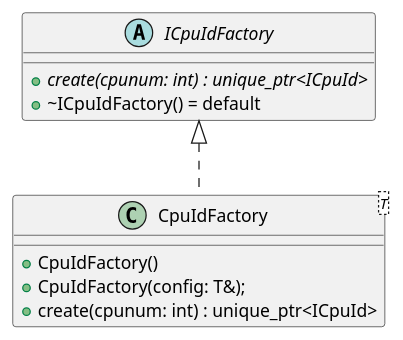
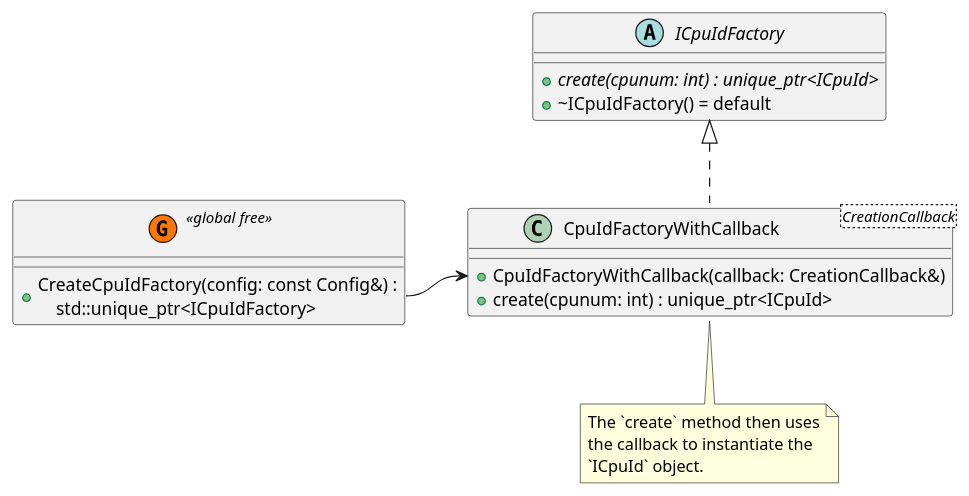
The diagram in docs/diagrams/cpuid_factory.plantuml (jcurl/devc-cpuid), drawn with PlantUML before and after one commit. The commit also changed 4 other files, not shown here.

First line of the commit message:
CpuIdFactory: Update design documentation and rationale

```diff
--- a/docs/diagrams/cpuid_factory.plantuml
+++ b/docs/diagrams/cpuid_factory.plantuml
@@ -1,16 +1,26 @@
 @startuml ICpuIdFactory
 
 abstract class ICpuIdFactory {
     +{abstract} create(cpunum: int) : unique_ptr<ICpuId>
     +~ICpuIdFactory() = default
 }
 
-class CpuIdFactory<T> {
-    +CpuIdFactory()
-    +CpuIdFactory(config: T&);
+class " " as Global <<(G,#FF7700) global free>> {
+    +CreateCpuIdFactory(config: const Config&) :\n    std::unique_ptr<ICpuIdFactory>
+}
+
+class CpuIdFactoryWithCallback<CreationCallback> {
+    +CpuIdFactoryWithCallback(callback: CreationCallback&)
     +create(cpunum: int) : unique_ptr<ICpuId>
 }
+note bottom
+    The `create` method then uses
+    the callback to instantiate the
+    `ICpuId` object.
+end note
 
-ICpuIdFactory <|.d. CpuIdFactory
+ICpuIdFactory <|.d. CpuIdFactoryWithCallback
+
+Global::CreateCpuIdFactory -r-> CpuIdFactoryWithCallback::CpuIdFactoryWithCallback
 
 @enduml
```
